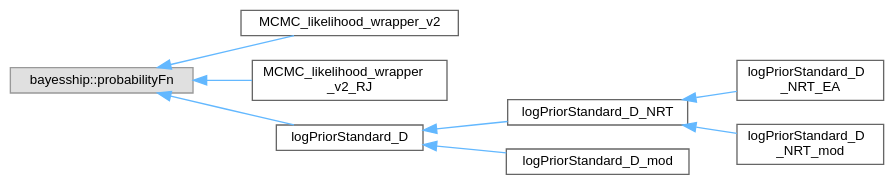
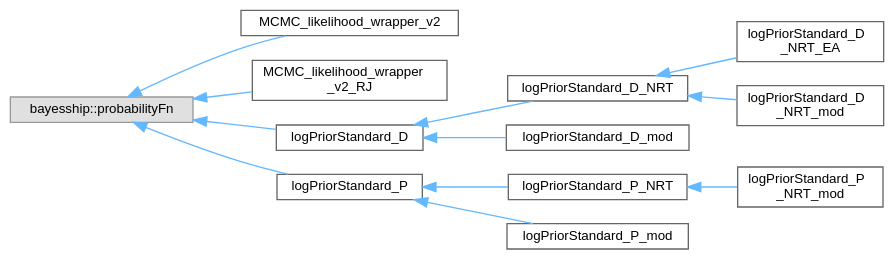
One commit to scottperkins/gw_analysis_tools changed the diagram in inherit_graph_1.dot. Above: the diagram before and after it, drawn with Graphviz. The commit also changed 140 other files, not shown here.

```diff
--- a/inherit_graph_1.dot
+++ b/inherit_graph_1.dot
@@ -1,23 +1,31 @@
 digraph "Graphical Class Hierarchy"
 {
  // LATEX_PDF_SIZE
   bgcolor="transparent";
   edge [fontname=Helvetica,fontsize=10,labelfontname=Helvetica,labelfontsize=10];
   node [fontname=Helvetica,fontsize=10,shape=box,height=0.2,width=0.4];
   rankdir="LR";
   Node0 [id="Node000000",label="bayesship::probabilityFn",height=0.2,width=0.4,color="grey60", fillcolor="#E0E0E0", style="filled",tooltip=" "];
   Node0 -> Node1 [id="edge1_Node000000_Node000001",dir="back",color="steelblue1",style="solid",tooltip=" "];
   Node1 [id="Node000001",label="MCMC_likelihood_wrapper_v2",height=0.2,width=0.4,color="grey40", fillcolor="white", style="filled",URL="$classMCMC__likelihood__wrapper__v2.html",tooltip=" "];
   Node0 -> Node2 [id="edge2_Node000000_Node000002",dir="back",color="steelblue1",style="solid",tooltip=" "];
   Node2 [id="Node000002",label="MCMC_likelihood_wrapper\l_v2_RJ",height=0.2,width=0.4,color="grey40", fillcolor="white", style="filled",URL="$classMCMC__likelihood__wrapper__v2__RJ.html",tooltip=" "];
   Node0 -> Node3 [id="edge3_Node000000_Node000003",dir="back",color="steelblue1",style="solid",tooltip=" "];
   Node3 [id="Node000003",label="logPriorStandard_D",height=0.2,width=0.4,color="grey40", fillcolor="white", style="filled",URL="$classlogPriorStandard__D.html",tooltip=" "];
   Node3 -> Node4 [id="edge4_Node000003_Node000004",dir="back",color="steelblue1",style="solid",tooltip=" "];
   Node4 [id="Node000004",label="logPriorStandard_D_NRT",height=0.2,width=0.4,color="grey40", fillcolor="white", style="filled",URL="$classlogPriorStandard__D__NRT.html",tooltip=" "];
   Node4 -> Node5 [id="edge5_Node000004_Node000005",dir="back",color="steelblue1",style="solid",tooltip=" "];
   Node5 [id="Node000005",label="logPriorStandard_D\l_NRT_EA",height=0.2,width=0.4,color="grey40", fillcolor="white", style="filled",URL="$classlogPriorStandard__D__NRT__EA.html",tooltip=" "];
   Node4 -> Node6 [id="edge6_Node000004_Node000006",dir="back",color="steelblue1",style="solid",tooltip=" "];
   Node6 [id="Node000006",label="logPriorStandard_D\l_NRT_mod",height=0.2,width=0.4,color="grey40", fillcolor="white", style="filled",URL="$classlogPriorStandard__D__NRT__mod.html",tooltip=" "];
   Node3 -> Node7 [id="edge7_Node000003_Node000007",dir="back",color="steelblue1",style="solid",tooltip=" "];
   Node7 [id="Node000007",label="logPriorStandard_D_mod",height=0.2,width=0.4,color="grey40", fillcolor="white", style="filled",URL="$classlogPriorStandard__D__mod.html",tooltip=" "];
+  Node0 -> Node8 [id="edge8_Node000000_Node000008",dir="back",color="steelblue1",style="solid",tooltip=" "];
+  Node8 [id="Node000008",label="logPriorStandard_P",height=0.2,width=0.4,color="grey40", fillcolor="white", style="filled",URL="$classlogPriorStandard__P.html",tooltip=" "];
+  Node8 -> Node9 [id="edge9_Node000008_Node000009",dir="back",color="steelblue1",style="solid",tooltip=" "];
+  Node9 [id="Node000009",label="logPriorStandard_P_NRT",height=0.2,width=0.4,color="grey40", fillcolor="white", style="filled",URL="$classlogPriorStandard__P__NRT.html",tooltip=" "];
+  Node9 -> Node10 [id="edge10_Node000009_Node000010",dir="back",color="steelblue1",style="solid",tooltip=" "];
+  Node10 [id="Node000010",label="logPriorStandard_P\l_NRT_mod",height=0.2,width=0.4,color="grey40", fillcolor="white", style="filled",URL="$classlogPriorStandard__P__NRT__mod.html",tooltip=" "];
+  Node8 -> Node11 [id="edge11_Node000008_Node000011",dir="back",color="steelblue1",style="solid",tooltip=" "];
+  Node11 [id="Node000011",label="logPriorStandard_P_mod",height=0.2,width=0.4,color="grey40", fillcolor="white", style="filled",URL="$classlogPriorStandard__P__mod.html",tooltip=" "];
 }
```
